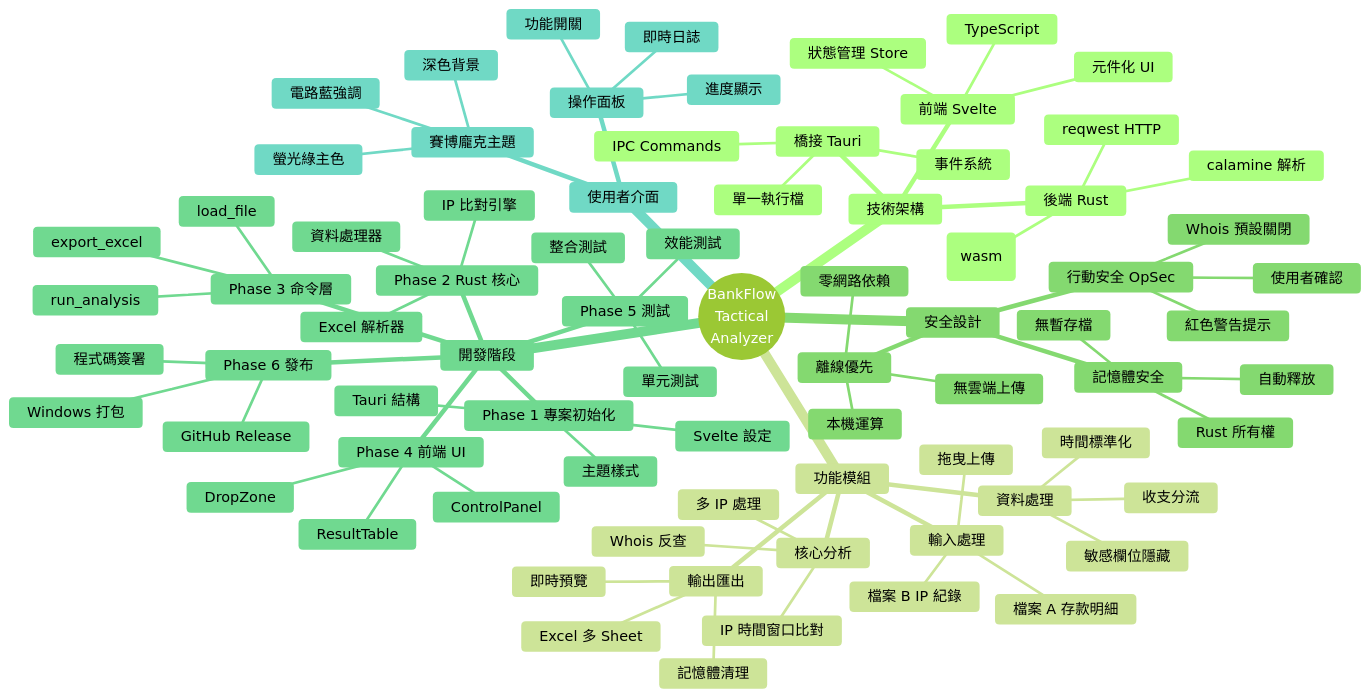
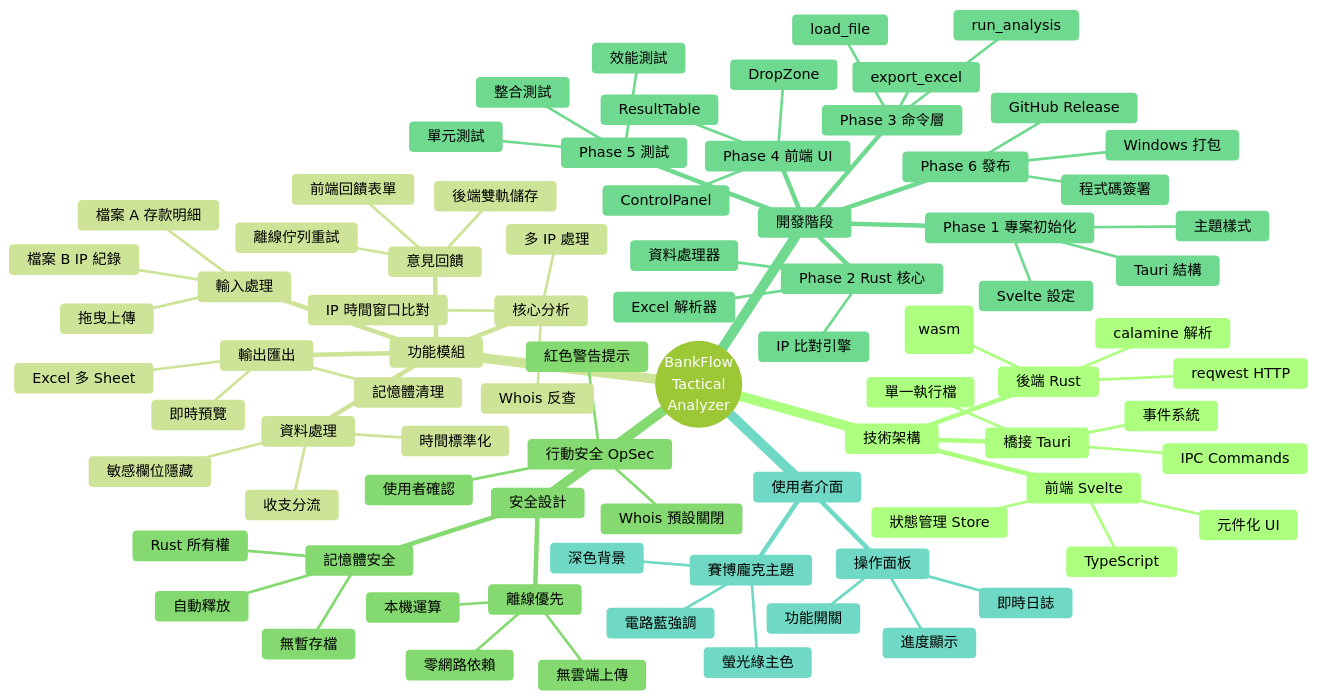
Before and after one commit to Birdman1972/BankFlow-Tactical-Analyzer: the first of 4 diagrams in docs/PROJECT.md, drawn with Mermaid (forest theme). The commit also changed 20 other files, not shown here.

```diff
--- a/docs/PROJECT.md
+++ b/docs/PROJECT.md
@@ -97,6 +97,10 @@
         Excel 多 Sheet
         即時預覽
         記憶體清理
+      意見回饋
+        前端回饋表單
+        離線佇列重試
+        後端雙軌儲存
     安全設計
       離線優先
         本機運算
```
